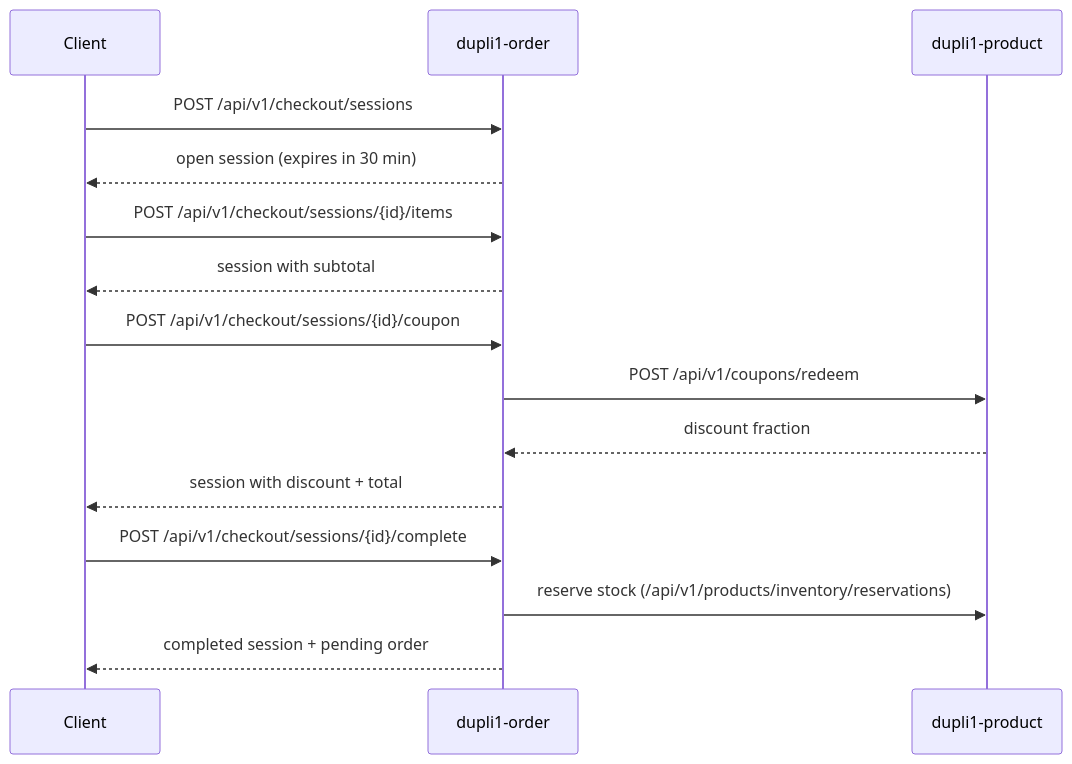
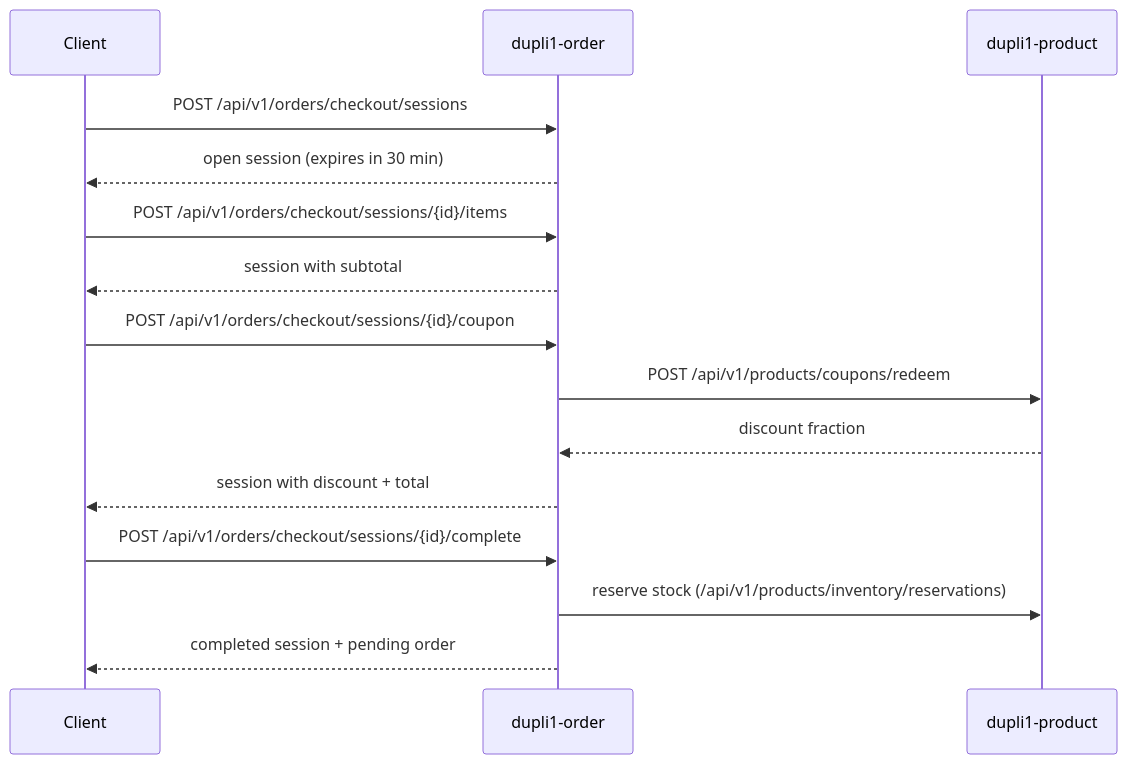
Before and after one commit to elug3/dupli1: the diagram in docs/checkout-session.md, drawn with Mermaid. The commit also changed other lines of this file and 15 other files, not shown here.

````diff
--- a/docs/checkout-session.md
+++ b/docs/checkout-session.md
@@ -15,21 +15,21 @@
 ```mermaid
 sequenceDiagram
     participant Client
     participant Order as dupli1-order
     participant Product as dupli1-product
 
-    Client->>Order: POST /api/v1/checkout/sessions
+    Client->>Order: POST /api/v1/orders/checkout/sessions
     Order-->>Client: open session (expires in 30 min)
 
-    Client->>Order: POST /api/v1/checkout/sessions/{id}/items
+    Client->>Order: POST /api/v1/orders/checkout/sessions/{id}/items
     Order-->>Client: session with subtotal
 
-    Client->>Order: POST /api/v1/checkout/sessions/{id}/coupon
-    Order->>Product: POST /api/v1/coupons/redeem
+    Client->>Order: POST /api/v1/orders/checkout/sessions/{id}/coupon
+    Order->>Product: POST /api/v1/products/coupons/redeem
     Product-->>Order: discount fraction
     Order-->>Client: session with discount + total
 
-    Client->>Order: POST /api/v1/checkout/sessions/{id}/complete
+    Client->>Order: POST /api/v1/orders/checkout/sessions/{id}/complete
     Order->>Product: reserve stock (/api/v1/products/inventory/reservations)
     Order-->>Client: completed session + pending order
 ```
````
